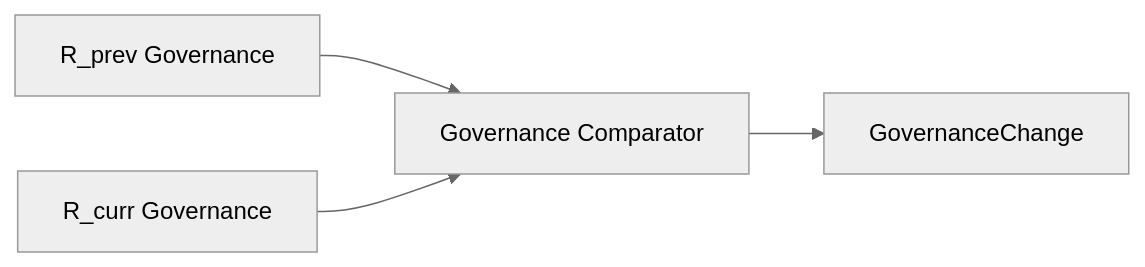
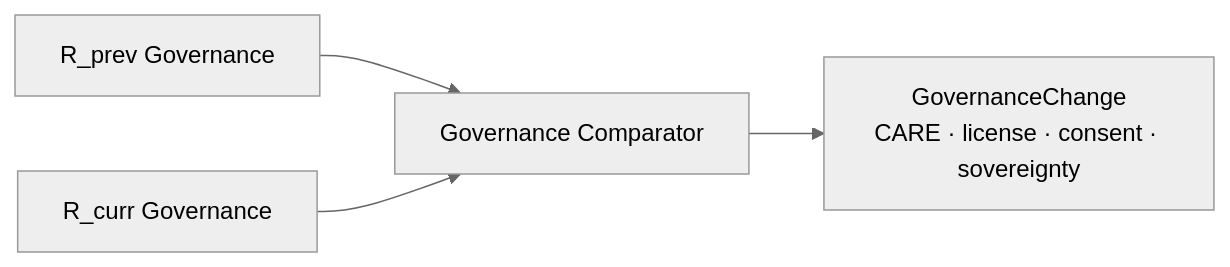
The third of 4 diagrams in web/src/entities/diff-first/services/README.md (bartytime4life/Kansas-Frontier-Matrix), drawn with Mermaid (neutral theme) before and after one commit. The commit also changed other lines of this file, not shown here.

````diff
--- a/web/src/entities/diff-first/services/README.md
+++ b/web/src/entities/diff-first/services/README.md
@@ -191,6 +286,6 @@
-```mermaid
+~~~mermaid
 flowchart LR
     PREV["R_prev Governance"] --> GCOMP[Governance Comparator]
     CURR["R_curr Governance"] --> GCOMP
-    GCOMP --> GDIFF["GovernanceChange"]
-```
+    GCOMP --> GDIFF["GovernanceChange<br/>CARE · license · consent · sovereignty"]
+~~~
````
